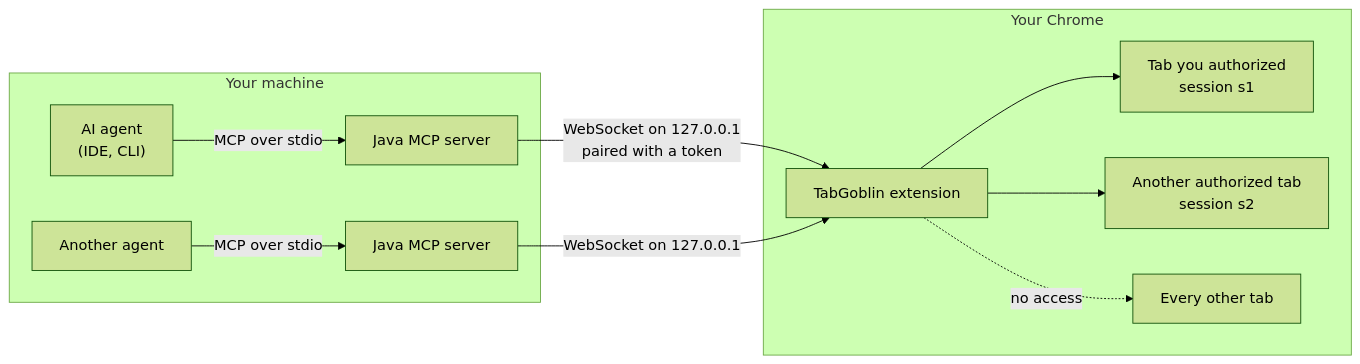
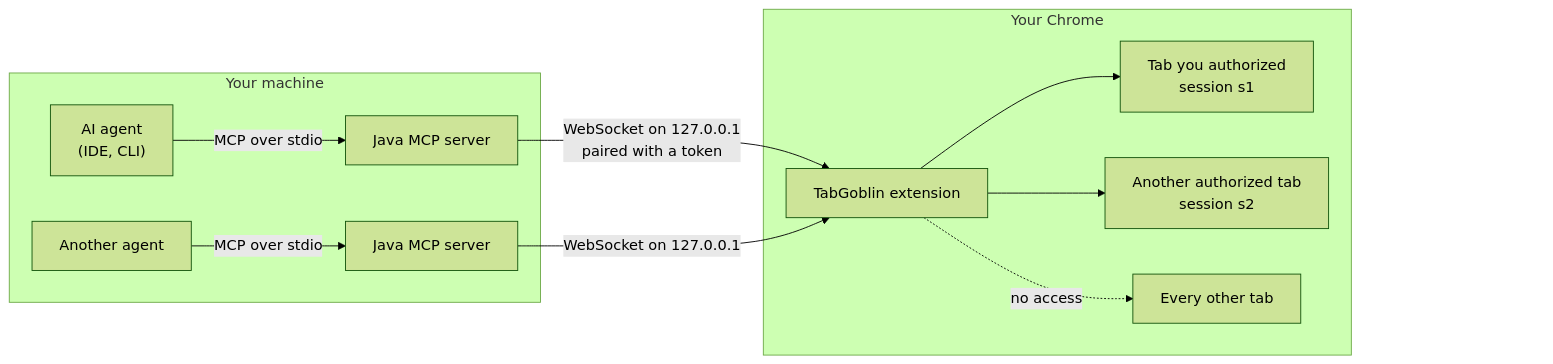
One commit to LaughingManCommits/TabGoblin changed the diagram in docs/README.md. Above: the diagram before and after it, drawn with Mermaid (forest theme). The commit also changed other lines of this file and 4 other files, not shown here.

````diff
--- a/docs/README.md
+++ b/docs/README.md
@@ -21,14 +22,17 @@
 ```mermaid
 flowchart LR
   subgraph IDE["Your machine"]
     A1["AI agent<br/>(IDE, CLI)"] -- "MCP over stdio" --> S1["Java MCP server"]
     A2["Another agent"] -- "MCP over stdio" --> S2["Java MCP server"]
   end
   subgraph Chrome["Your Chrome"]
     X["TabGoblin extension"] --> T1["Tab you authorized<br/>session s1"]
     X --> T2["Another authorized tab<br/>session s2"]
     X -. "no access" .-> T3["Every other tab"]
   end
   S1 -- "WebSocket on 127.0.0.1<br/>paired with a token" --> X
   S2 -- "WebSocket on 127.0.0.1" --> X
+  %% An empty place at the right edge: GitHub lays its zoom buttons over the bottom right corner of a diagram.
+  T3 ~~~ ROOM["&nbsp;&nbsp;&nbsp;&nbsp;&nbsp;&nbsp;&nbsp;&nbsp;&nbsp;&nbsp;&nbsp;&nbsp;&nbsp;&nbsp;&nbsp;&nbsp;&nbsp;&nbsp;&nbsp;&nbsp;"]
+  style ROOM fill:none,stroke:none
 ```
````
